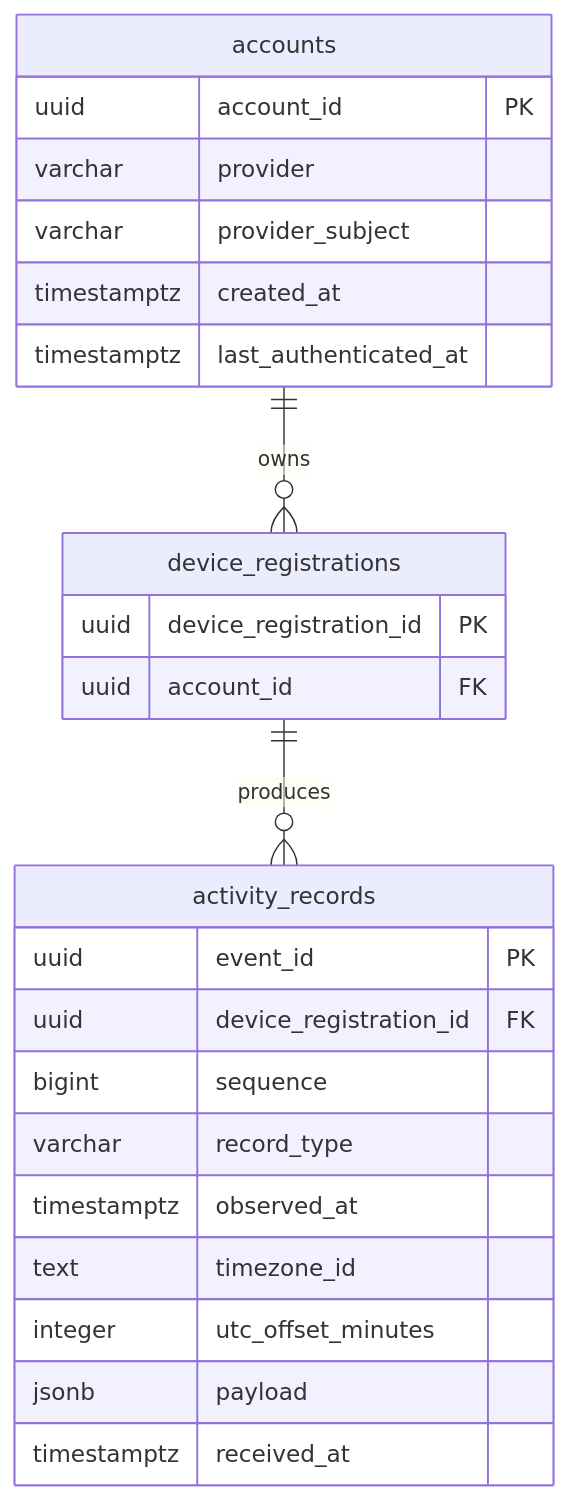
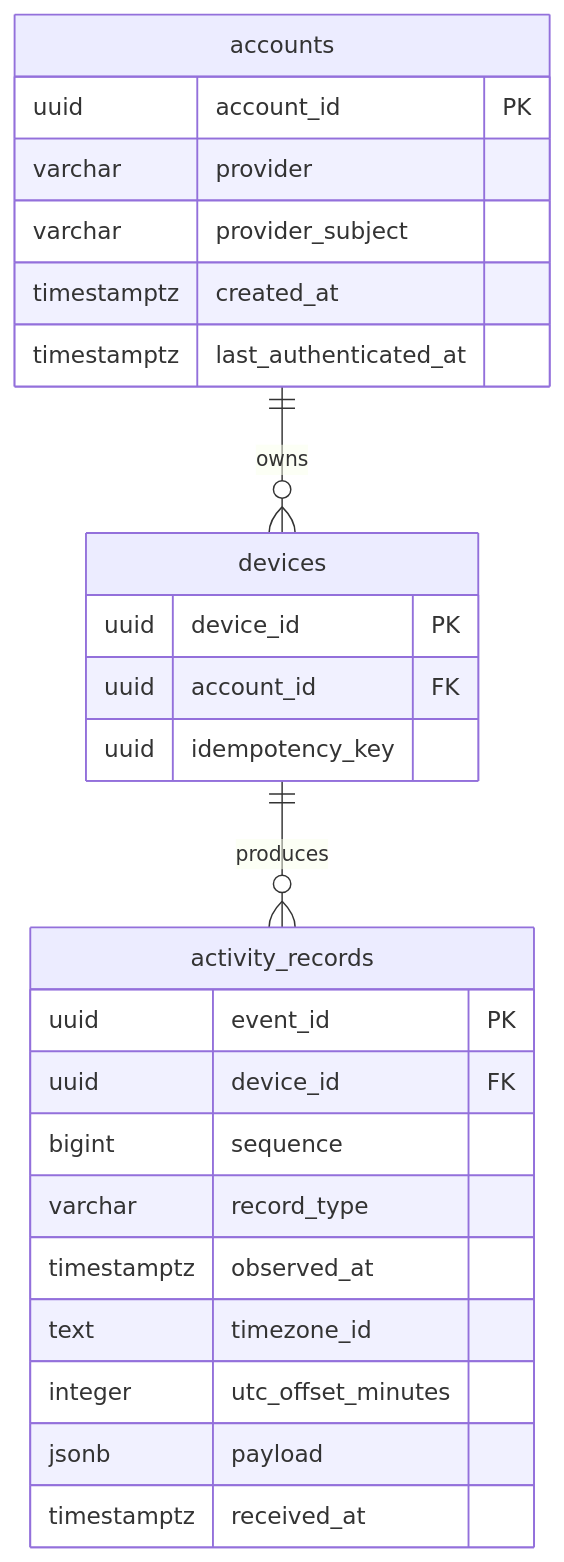
The diagram in docs/ERD.md (jolvy/mosemo), drawn with Mermaid before and after one commit. The commit also changed other lines of this file and 34 other files, not shown here.

Commit message:
feat(devices): add idempotent registration API

````diff
--- a/docs/ERD.md
+++ b/docs/ERD.md
@@ -11,30 +11,31 @@
 ```mermaid
 erDiagram
-    accounts ||--o{ device_registrations : owns
-    device_registrations ||--o{ activity_records : produces
+    accounts ||--o{ devices : owns
+    devices ||--o{ activity_records : produces
 
     accounts {
         uuid account_id PK
         varchar provider
         varchar provider_subject
         timestamptz created_at
         timestamptz last_authenticated_at
     }
 
-    device_registrations {
-        uuid device_registration_id PK
+    devices {
+        uuid device_id PK
         uuid account_id FK
+        uuid idempotency_key
     }
 
     activity_records {
         uuid event_id PK
-        uuid device_registration_id FK
+        uuid device_id FK
         bigint sequence
         varchar record_type
         timestamptz observed_at
         text timezone_id
         integer utc_offset_minutes
         jsonb payload
         timestamptz received_at
     }
 ```
````
